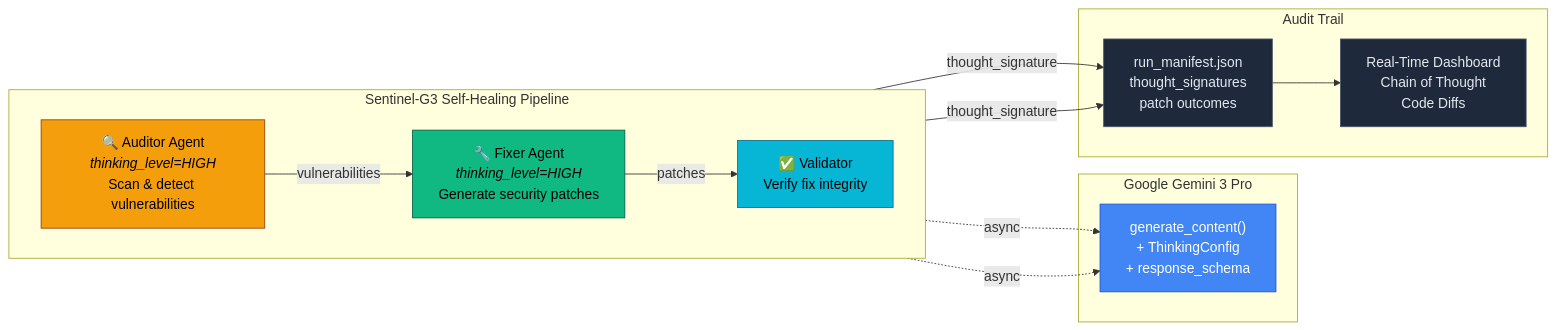
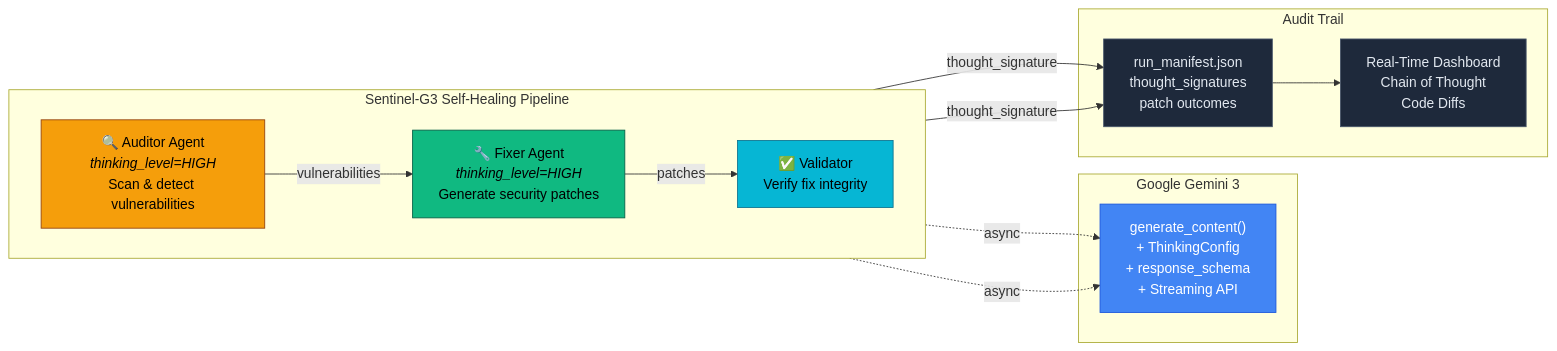
The diagram in README.md (shreyas-debug/SentinelG3), drawn with Mermaid before and after one commit. The commit also changed other lines of this file and 26 other files, not shown here.

````diff
--- a/README.md
+++ b/README.md
@@ -49,33 +67,33 @@
 ```mermaid
 flowchart LR
     subgraph Pipeline["Sentinel-G3 Self-Healing Pipeline"]
         direction LR
         A["🔍 Auditor Agent<br/><i>thinking_level=HIGH</i><br/>Scan &amp; detect vulnerabilities"]
         F["🔧 Fixer Agent<br/><i>thinking_level=HIGH</i><br/>Generate security patches"]
         V["✅ Validator<br/>Verify fix integrity"]
     end
 
-    subgraph Gemini["Google Gemini 3 Pro"]
-        G["generate_content()<br/>+ ThinkingConfig<br/>+ response_schema"]
+    subgraph Gemini["Google Gemini 3"]
+        G["generate_content()<br/>+ ThinkingConfig<br/>+ response_schema<br/>+ Streaming API"]
     end
 
     subgraph Output["Audit Trail"]
         M["run_manifest.json<br/>thought_signatures<br/>patch outcomes"]
         D["Real-Time Dashboard<br/>Chain of Thought<br/>Code Diffs"]
     end
 
     A -->|vulnerabilities| F
     F -->|patches| V
     A -.->|async| G
     F -.->|async| G
     A -->|thought_signature| M
     F -->|thought_signature| M
     M --> D
 
     style A fill:#f59e0b,stroke:#92400e,color:#000
     style F fill:#10b981,stroke:#065f46,color:#000
     style V fill:#06b6d4,stroke:#0e7490,color:#000
     style G fill:#4285F4,stroke:#1a56db,color:#fff
     style M fill:#1e293b,stroke:#475569,color:#e2e8f0
     style D fill:#1e293b,stroke:#475569,color:#e2e8f0
 ```
````
